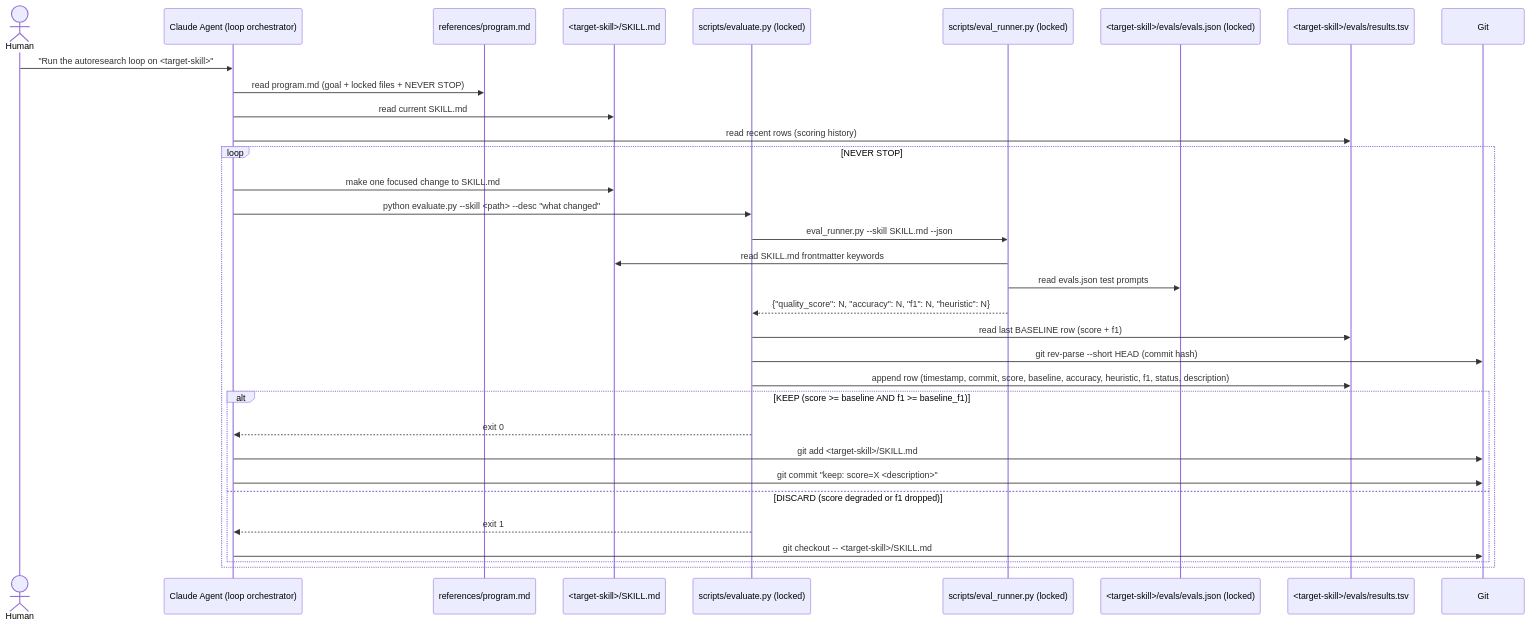
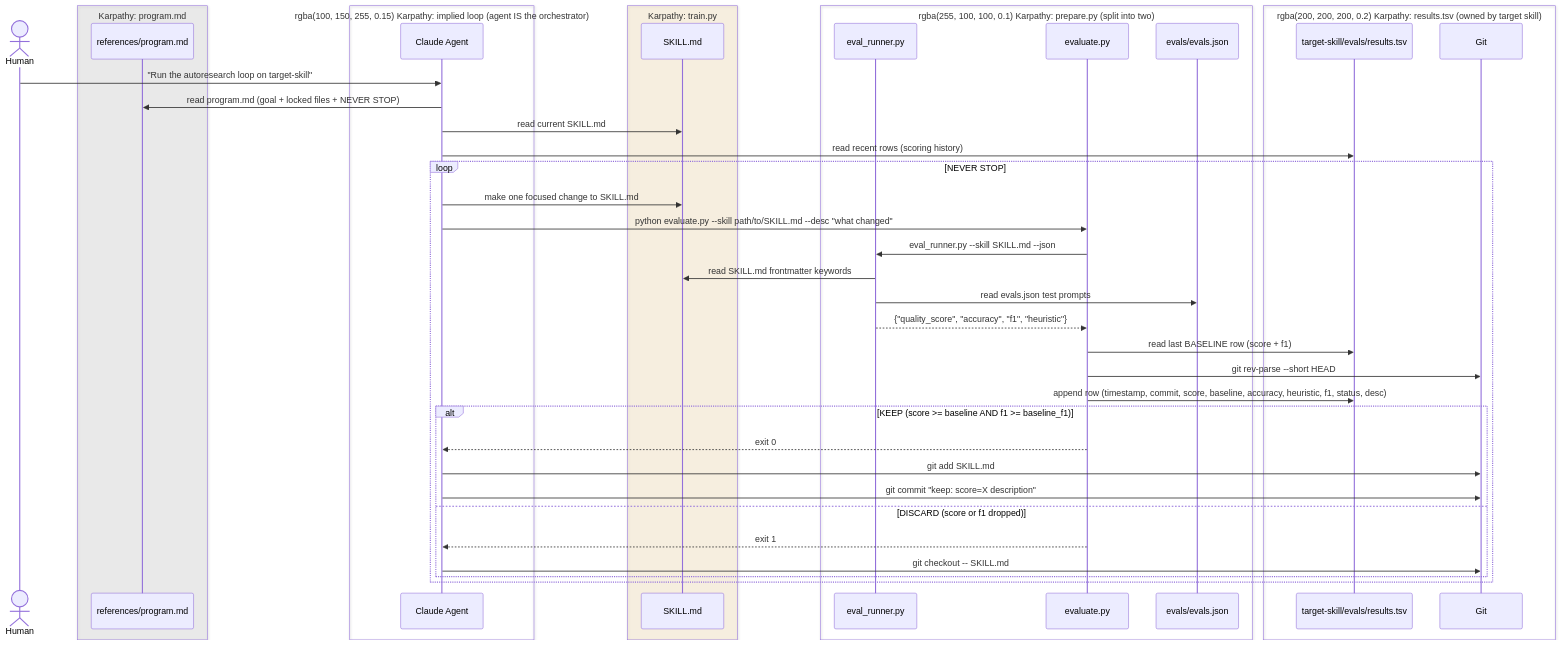
One commit to richfrem/agent-plugins-skills changed the diagram in plugins/agent-agentic-os/skills/skill-improvement-eval/references/diagrams/autoresearch-loop.mmd. Above: the diagram before and after it, drawn with Mermaid. The commit also changed 1 other file, not shown here.

Commit message:
docs(diagrams): update both autoresearch diagrams to match current implementation
autoresearch-loop.mmd: keep colored boxes showing Karpathy role mapping,
fix participants — Agent is the loop orchestrator (no train.py), results
go to target-skill/evals/results.tsv, eval_runner returns all 4 fields

mapping-karpathy-to-skill-improvement-eval.mmd: fix Our Implementation
column — Agent IS the loop (no train.py), Y_Judge split into
eval_runner.py + evaluate.py + evals.json, ledger is per-skill not central

```diff
--- a/plugins/agent-agentic-os/skills/skill-improvement-eval/references/diagrams/autoresearch-loop.mmd
+++ b/plugins/agent-agentic-os/skills/skill-improvement-eval/references/diagrams/autoresearch-loop.mmd
@@ -1,42 +1,57 @@
 sequenceDiagram
     actor Human
-    participant Agent as Claude Agent (loop orchestrator)
-    participant ProgramMD as references/program.md
-    participant TargetSkill as <target-skill>/SKILL.md
-    participant EvaluatePY as scripts/evaluate.py (locked)
-    participant EvalRunnerPY as scripts/eval_runner.py (locked)
-    participant TargetEvals as <target-skill>/evals/evals.json (locked)
-    participant TargetLog as <target-skill>/evals/results.tsv
-    participant Git
 
-    Human->>Agent: "Run the autoresearch loop on <target-skill>"
+    box rgba(200, 200, 200, 0.2) Karpathy: program.md
+        participant Spec as references/program.md
+    end
 
-    Agent->>ProgramMD: read program.md (goal + locked files + NEVER STOP)
-    Agent->>TargetSkill: read current SKILL.md
-    Agent->>TargetLog: read recent rows (scoring history)
+    box rgba(100, 150, 255, 0.15) Karpathy: implied loop (agent IS the orchestrator)
+        participant Agent as Claude Agent
+    end
+
+    box rgba(255, 200, 100, 0.15) Karpathy: train.py
+        participant Target as SKILL.md
+    end
+
+    box rgba(255, 100, 100, 0.1) Karpathy: prepare.py (split into two)
+        participant Grader as eval_runner.py
+        participant Gate as evaluate.py
+        participant Tests as evals/evals.json
+    end
+
+    box rgba(200, 200, 200, 0.2) Karpathy: results.tsv (owned by target skill)
+        participant Ledger as target-skill/evals/results.tsv
+        participant Git as Git
+    end
+
+    Human->>Agent: "Run the autoresearch loop on target-skill"
+
+    Agent->>Spec: read program.md (goal + locked files + NEVER STOP)
+    Agent->>Target: read current SKILL.md
+    Agent->>Ledger: read recent rows (scoring history)
 
     loop NEVER STOP
 
-        Agent->>TargetSkill: make one focused change to SKILL.md
+        Agent->>Target: make one focused change to SKILL.md
 
-        Agent->>EvaluatePY: python evaluate.py --skill <path> --desc "what changed"
+        Agent->>Gate: python evaluate.py --skill path/to/SKILL.md --desc "what changed"
 
-        EvaluatePY->>EvalRunnerPY: eval_runner.py --skill SKILL.md --json
-        EvalRunnerPY->>TargetSkill: read SKILL.md frontmatter keywords
-        EvalRunnerPY->>TargetEvals: read evals.json test prompts
-        EvalRunnerPY-->>EvaluatePY: {"quality_score": N, "accuracy": N, "f1": N, "heuristic": N}
+        Gate->>Grader: eval_runner.py --skill SKILL.md --json
+        Grader->>Target: read SKILL.md frontmatter keywords
+        Grader->>Tests: read evals.json test prompts
+        Grader-->>Gate: {"quality_score", "accuracy", "f1", "heuristic"}
 
-        EvaluatePY->>TargetLog: read last BASELINE row (score + f1)
-        EvaluatePY->>Git: git rev-parse --short HEAD (commit hash)
-        EvaluatePY->>TargetLog: append row (timestamp, commit, score, baseline, accuracy, heuristic, f1, status, description)
+        Gate->>Ledger: read last BASELINE row (score + f1)
+        Gate->>Git: git rev-parse --short HEAD
+        Gate->>Ledger: append row (timestamp, commit, score, baseline, accuracy, heuristic, f1, status, desc)
 
         alt KEEP (score >= baseline AND f1 >= baseline_f1)
-            EvaluatePY-->>Agent: exit 0
-            Agent->>Git: git add <target-skill>/SKILL.md
-            Agent->>Git: git commit "keep: score=X <description>"
-        else DISCARD (score degraded or f1 dropped)
-            EvaluatePY-->>Agent: exit 1
-            Agent->>Git: git checkout -- <target-skill>/SKILL.md
+            Gate-->>Agent: exit 0
+            Agent->>Git: git add SKILL.md
+            Agent->>Git: git commit "keep: score=X description"
+        else DISCARD (score or f1 dropped)
+            Gate-->>Agent: exit 1
+            Agent->>Git: git checkout -- SKILL.md
         end
 
     end
```
